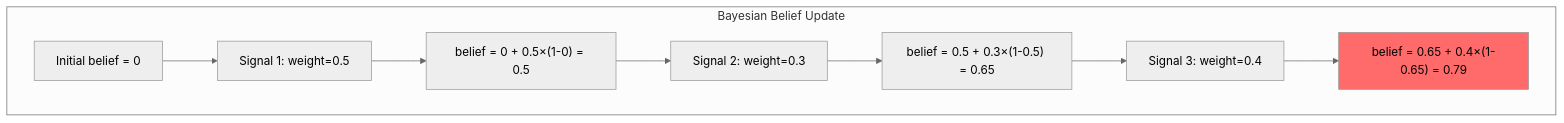
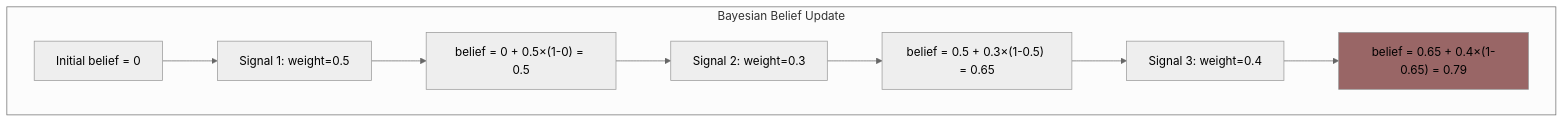
Before and after one commit to ScopeCreep-zip/Symbiont: the third of 5 diagrams in docs/protocol/defense-signaling.md, drawn with Mermaid (neutral theme). The commit also changed other lines of this file and 17 other files, not shown here.

Commit message:
update to diagram colors

````diff
--- a/docs/protocol/defense-signaling.md
+++ b/docs/protocol/defense-signaling.md
@@ -326,16 +326,16 @@
 ```mermaid
 graph TB
     subgraph "Bayesian Belief Update"
         B0["Initial belief = 0"]
         S1["Signal 1: weight=0.5"]
         B1["belief = 0 + 0.5×(1-0) = 0.5"]
         S2["Signal 2: weight=0.3"]
         B2["belief = 0.5 + 0.3×(1-0.5) = 0.65"]
         S3["Signal 3: weight=0.4"]
         B3["belief = 0.65 + 0.4×(1-0.65) = 0.79"]
     end
 
     B0 --> S1 --> B1 --> S2 --> B2 --> S3 --> B3
 
-    style B3 fill:#FF6B6B
+    style B3 fill:#996666
 ```
````
